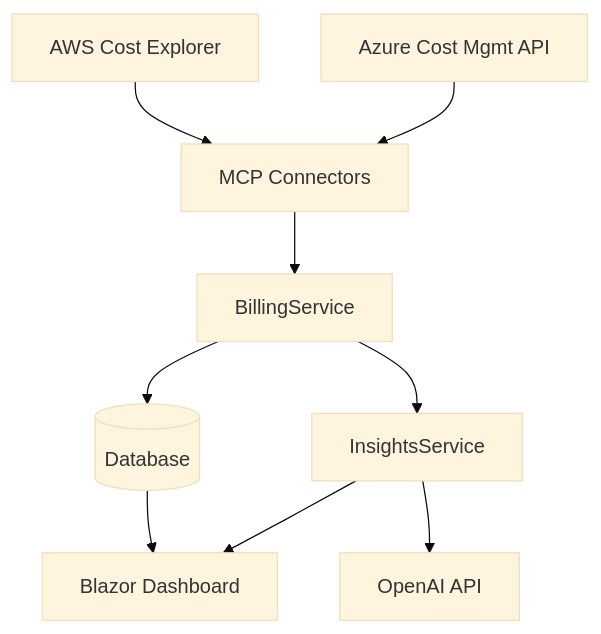
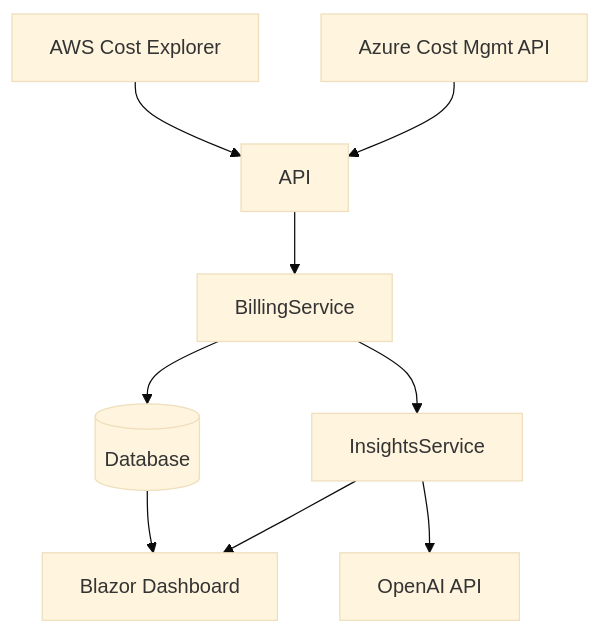
Before and after one commit to hpkhariprasad/cross-cloud-ai-cost-advisor: the diagram in README.md, drawn with Mermaid (base theme).

````diff
--- a/README.md
+++ b/README.md
@@ -37,11 +37,11 @@
 ```mermaid
 flowchart TD
-    A[AWS Cost Explorer] --> C[MCP Connectors]
-    B[Azure Cost Mgmt API] --> C[MCP Connectors]
+    A[AWS Cost Explorer] --> C[API]
+    B[Azure Cost Mgmt API] --> C[API]
     C --> D[BillingService]
     D --> E[(Database)]
     D --> F[InsightsService]
     F --> G[OpenAI API]
     E --> H[Blazor Dashboard]
     F --> H[Blazor Dashboard]
 ```
````
